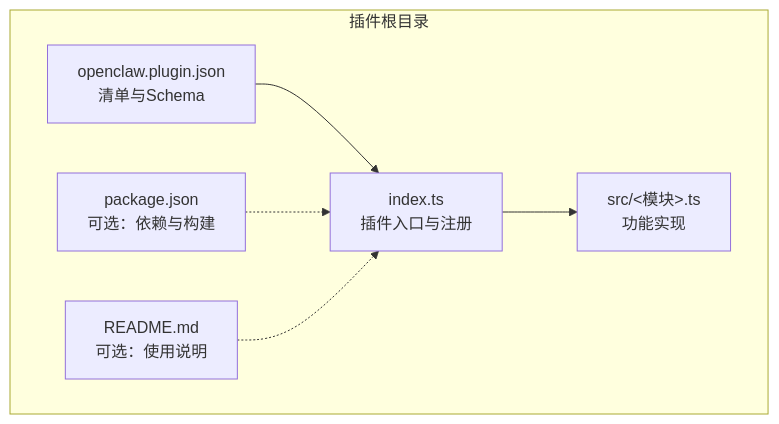
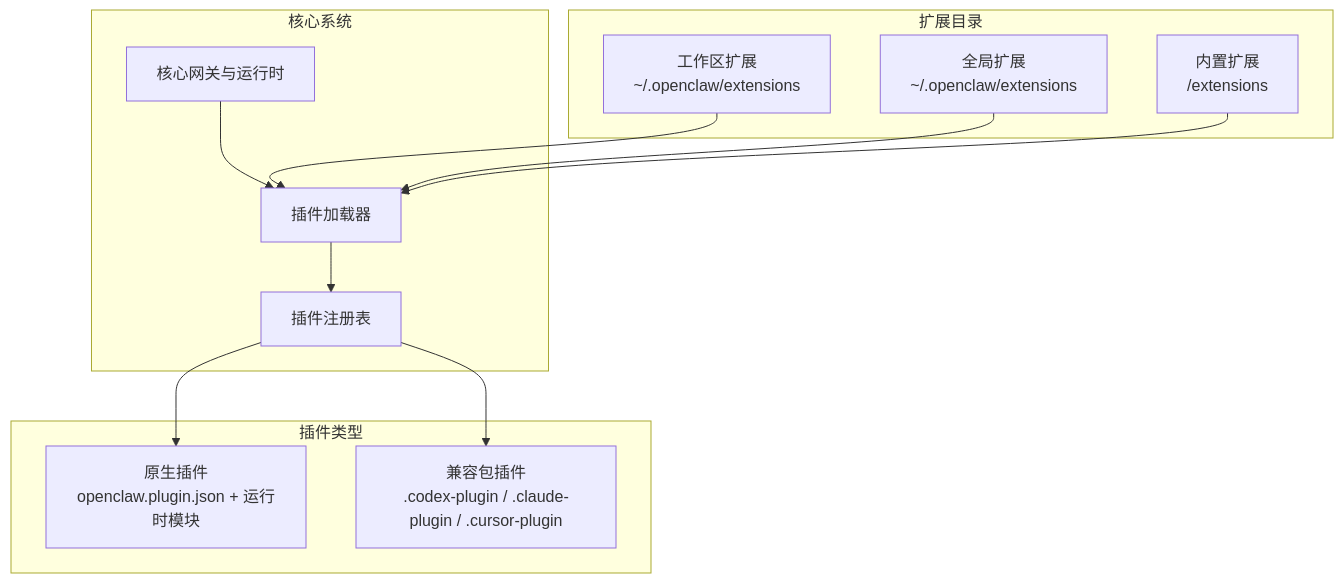
One commit to botx-work/OpenClaw-Internals changed the first of 3 diagrams in repowiki/zh/content/插件系统/插件开发指南/插件开发指南.md. Above: the diagram before and after it, drawn with Mermaid. The commit also changed other lines of this file and 542 other files, not shown here.

````diff
--- a/repowiki/zh/content/插件系统/插件开发指南/插件开发指南.md
+++ b/repowiki/zh/content/插件系统/插件开发指南/插件开发指南.md
@@ -43,14 +40,24 @@
 ```mermaid
 graph TB
-subgraph "插件根目录"
-MF["openclaw.plugin.json<br/>清单与Schema"]
-IDX["index.ts<br/>插件入口与注册"]
-SRC["src/<模块>.ts<br/>功能实现"]
-PKG["package.json<br/>可选：依赖与构建"]
-DOC["README.md<br/>可选：使用说明"]
+subgraph "核心系统"
+Core["核心网关与运行时"]
+Registry["插件注册表"]
+Loader["插件加载器"]
 end
-MF --> IDX
-IDX --> SRC
-PKG -.-> IDX
-DOC -.-> IDX
+subgraph "插件类型"
+Native["原生插件<br/>openclaw.plugin.json + 运行时模块"]
+Bundle["兼容包插件<br/>.codex-plugin / .claude-plugin / .cursor-plugin"]
+end
+subgraph "扩展目录"
+Workspace["工作区扩展<br/>~/.openclaw/extensions"]
+Global["全局扩展<br/>~/.openclaw/extensions"]
+Bundled["内置扩展<br/><openclaw>/extensions"]
+end
+Core --> Loader
+Loader --> Registry
+Registry --> Native
+Registry --> Bundle
+Workspace --> Loader
+Global --> Loader
+Bundled --> Loader
 ```
````
